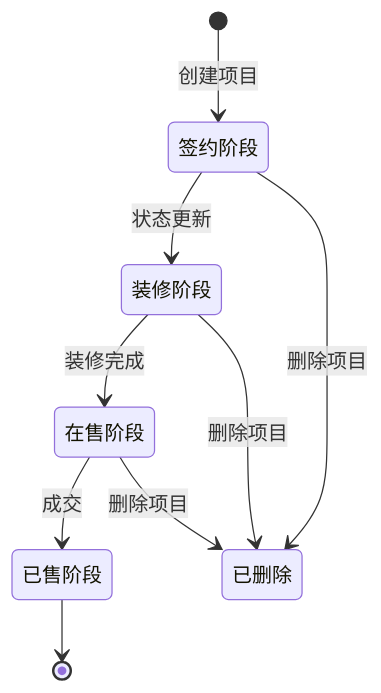
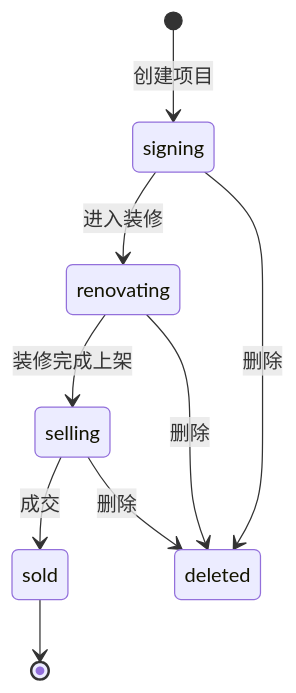
Before and after one commit to kakaoxy/profo: the fifth of 8 diagrams in README.md, drawn with Mermaid. The commit also changed other lines of this file, not shown here.

````diff
--- a/README.md
+++ b/README.md
@@ -1506,12 +580,11 @@
 ```mermaid
 stateDiagram-v2
-    [*] --> 签约阶段: 创建项目
-    签约阶段 --> 装修阶段: 状态更新
-    装修阶段 --> 在售阶段: 装修完成
-    在售阶段 --> 已售阶段: 成交
-    已售阶段 --> [*]
-    
-    签约阶段 --> 已删除: 删除项目
-    装修阶段 --> 已删除: 删除项目
-    在售阶段 --> 已删除: 删除项目
+    [*] --> signing: 创建项目
+    signing --> renovating: 进入装修
+    renovating --> selling: 装修完成上架
+    selling --> sold: 成交
+    sold --> [*]
+    signing --> deleted: 删除
+    renovating --> deleted: 删除
+    selling --> deleted: 删除
 ```
````
